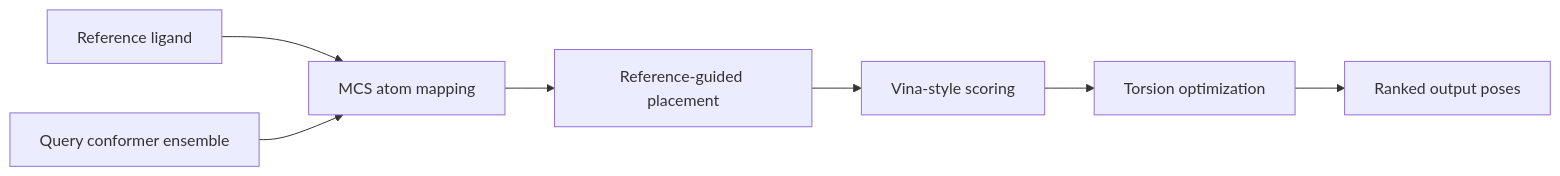
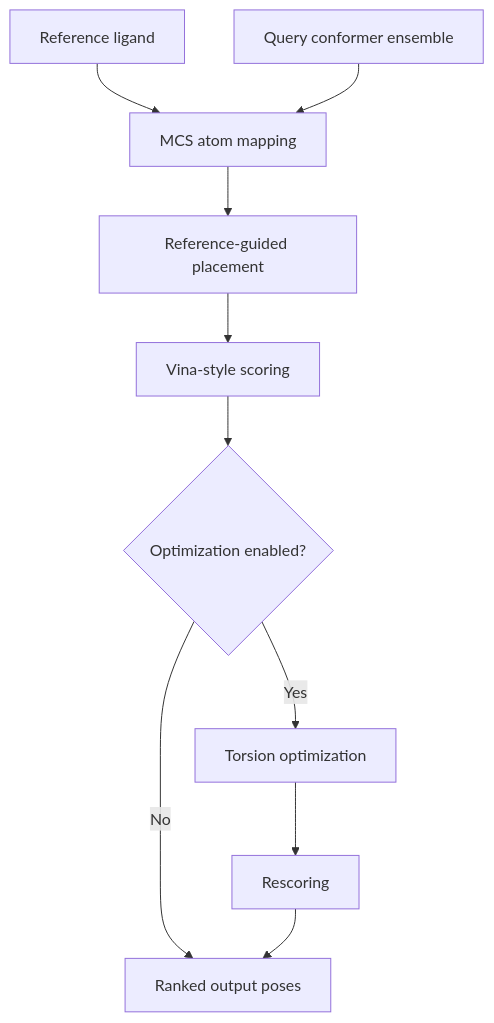
Before and after one commit to eightmm/cov-vina: the diagram in reports/2026-03-06-weekly.md, drawn with Mermaid. The commit also changed other lines of this file and 1 other file, not shown here.

````diff
--- a/reports/2026-03-06-weekly.md
+++ b/reports/2026-03-06-weekly.md
@@ -47,9 +77,12 @@
 ```mermaid
-graph LR
+graph TD
     A[Reference ligand] --> B[MCS atom mapping]
     C[Query conformer ensemble] --> B
     B --> D[Reference-guided placement]
     D --> E[Vina-style scoring]
-    E --> F[Torsion optimization]
-    F --> G[Ranked output poses]
+    E --> F{Optimization enabled?}
+    F -->|No| G[Ranked output poses]
+    F -->|Yes| H[Torsion optimization]
+    H --> I[Rescoring]
+    I --> G
 ```
````
